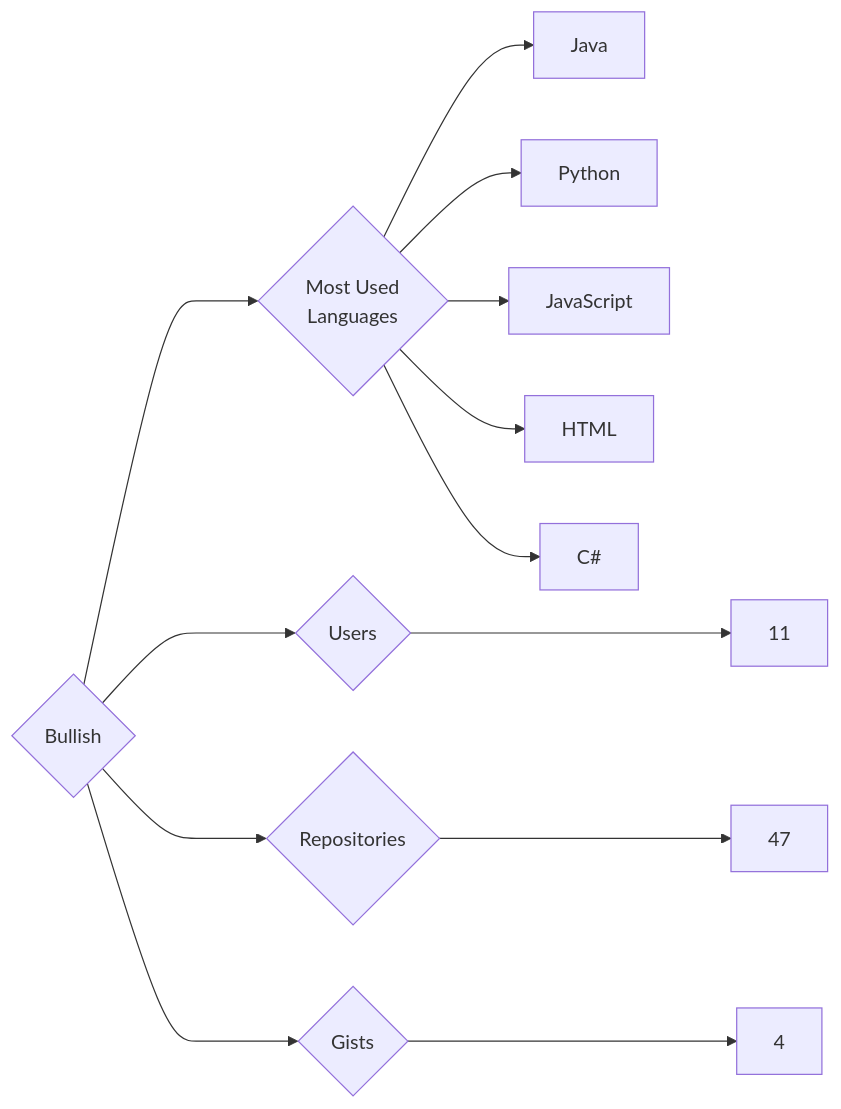
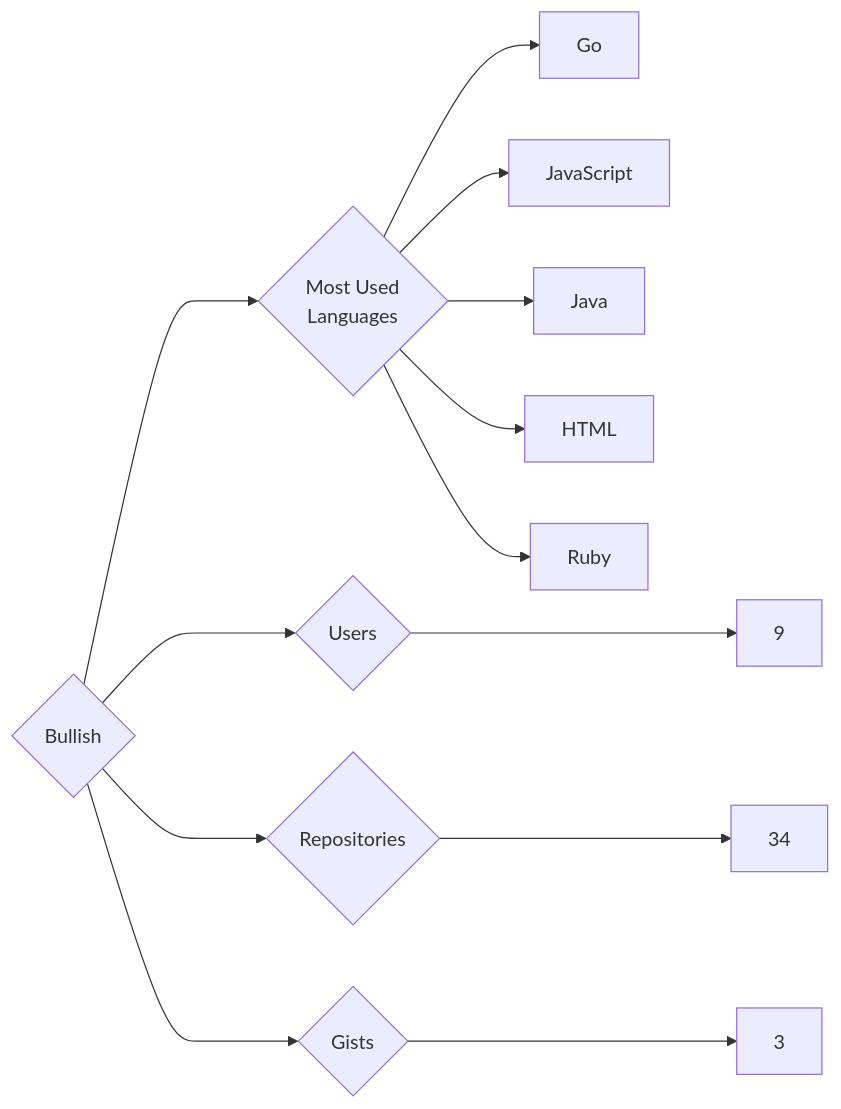
The diagram in targets/Bullish/README.md (trickest/insiders), drawn with Mermaid before and after one commit. The commit also changed 895 other files, not shown here.

````diff
--- a/targets/Bullish/README.md
+++ b/targets/Bullish/README.md
@@ -3,13 +3,13 @@
 ```mermaid
 graph LR
 COMPANY_NAME{Bullish}
-COMPANY_NAME ---> U{Users} ---> UN[11]
-COMPANY_NAME ---> R{Repositories} ---> RN[47]
-COMPANY_NAME ---> G{Gists} ---> GN[4]
+COMPANY_NAME ---> U{Users} ---> UN[9]
+COMPANY_NAME ---> R{Repositories} ---> RN[34]
+COMPANY_NAME ---> G{Gists} ---> GN[3]
 COMPANY_NAME ---> ML{Most Used<br>Languages}
+ML --> Go[Go]
+ML --> JavaScript[JavaScript]
 ML --> Java[Java]
-ML --> Python[Python]
-ML --> JavaScript[JavaScript]
 ML --> HTML[HTML]
-ML --> C#[C#]
+ML --> Ruby[Ruby]
 ```
````
